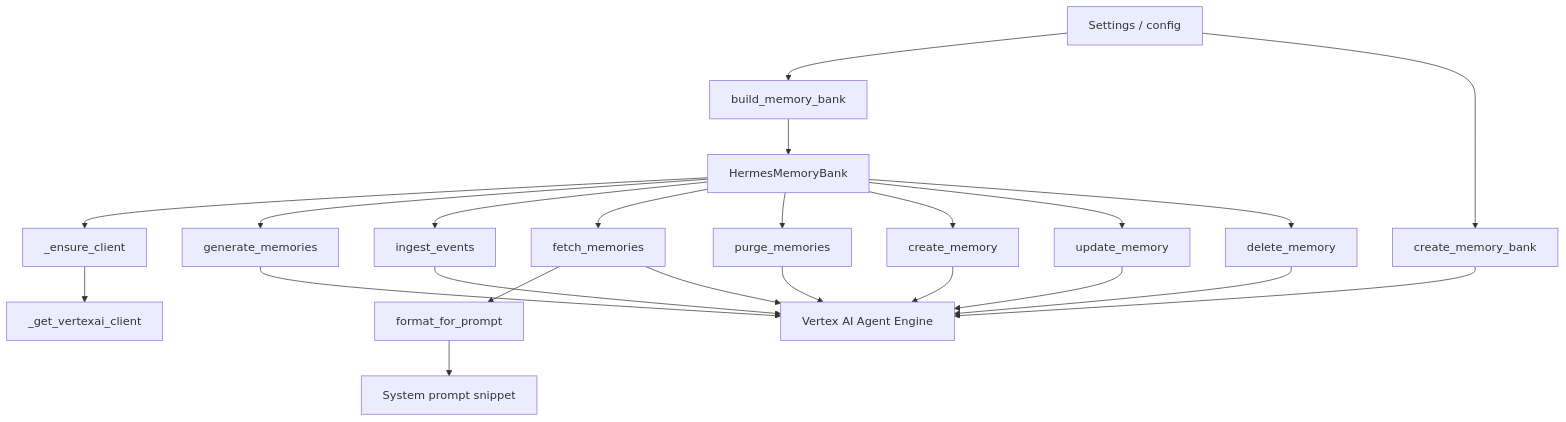
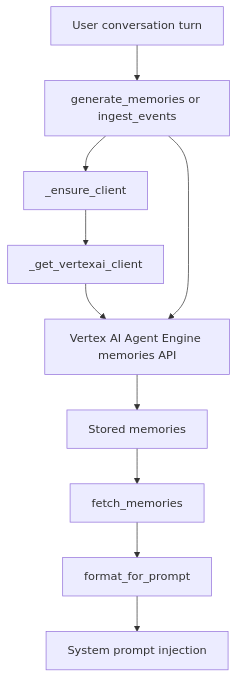
The second of 2 diagrams in .rekipedia/wiki/algorithms.md (unrealandychan/gcp-hermes-agnet), drawn with Mermaid before and after one commit. The commit also changed other lines of this file and 15 other files, not shown here.

````diff
--- a/.rekipedia/wiki/algorithms.md
+++ b/.rekipedia/wiki/algorithms.md
@@ -287,25 +266,22 @@
 ```mermaid
 flowchart TD
-    A[Settings / config] --> B[build_memory_bank]
-    A --> C[create_memory_bank]
-    B --> D[HermesMemoryBank]
-    D --> E[_ensure_client]
-    E --> F[_get_vertexai_client]
-    D --> G[generate_memories]
-    D --> H[ingest_events]
-    D --> I[fetch_memories]
-    I --> J[format_for_prompt]
-    D --> K[purge_memories]
-    D --> L[create_memory]
-    D --> M[update_memory]
-    D --> N[delete_memory]
-    C --> O[Vertex AI Agent Engine]
-    G --> O
-    H --> O
-    I --> O
-    K --> O
-    L --> O
-    M --> O
-    N --> O
-    J --> P[System prompt snippet]
+    A[User conversation turn]
+    B[generate_memories or ingest_events]
+    C[_ensure_client]
+    D[_get_vertexai_client]
+    E[Vertex AI Agent Engine memories API]
+    F[Stored memories]
+    G[fetch_memories]
+    H[format_for_prompt]
+    I[System prompt injection]
+
+    A --> B
+    B --> C
+    C --> D
+    D --> E
+    B --> E
+    E --> F
+    F --> G
+    G --> H
+    H --> I
 ```
````
